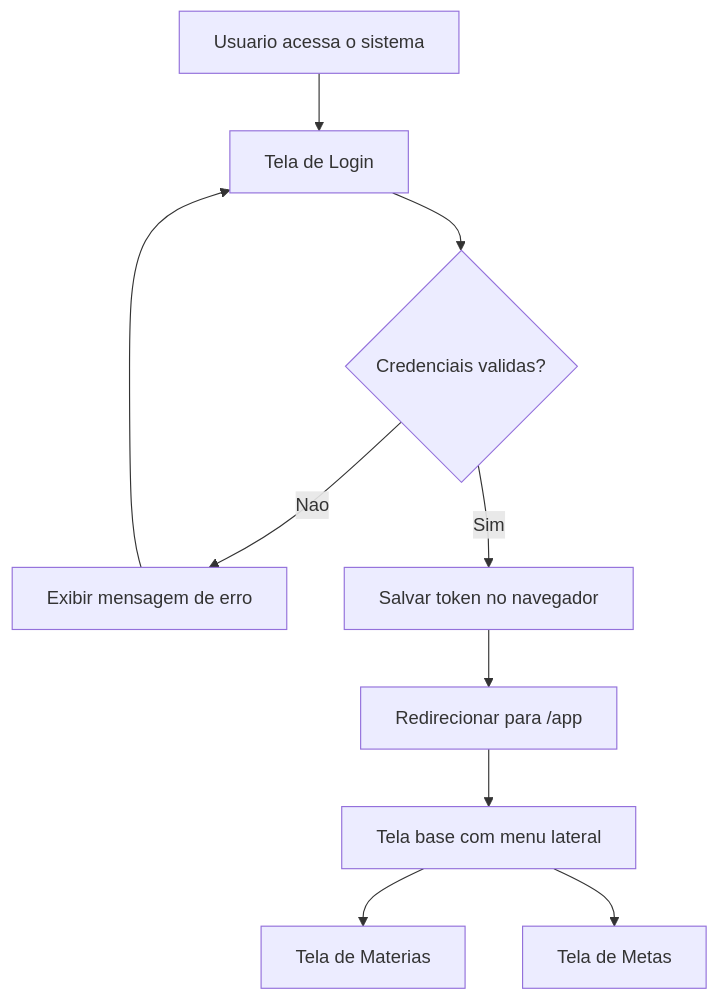
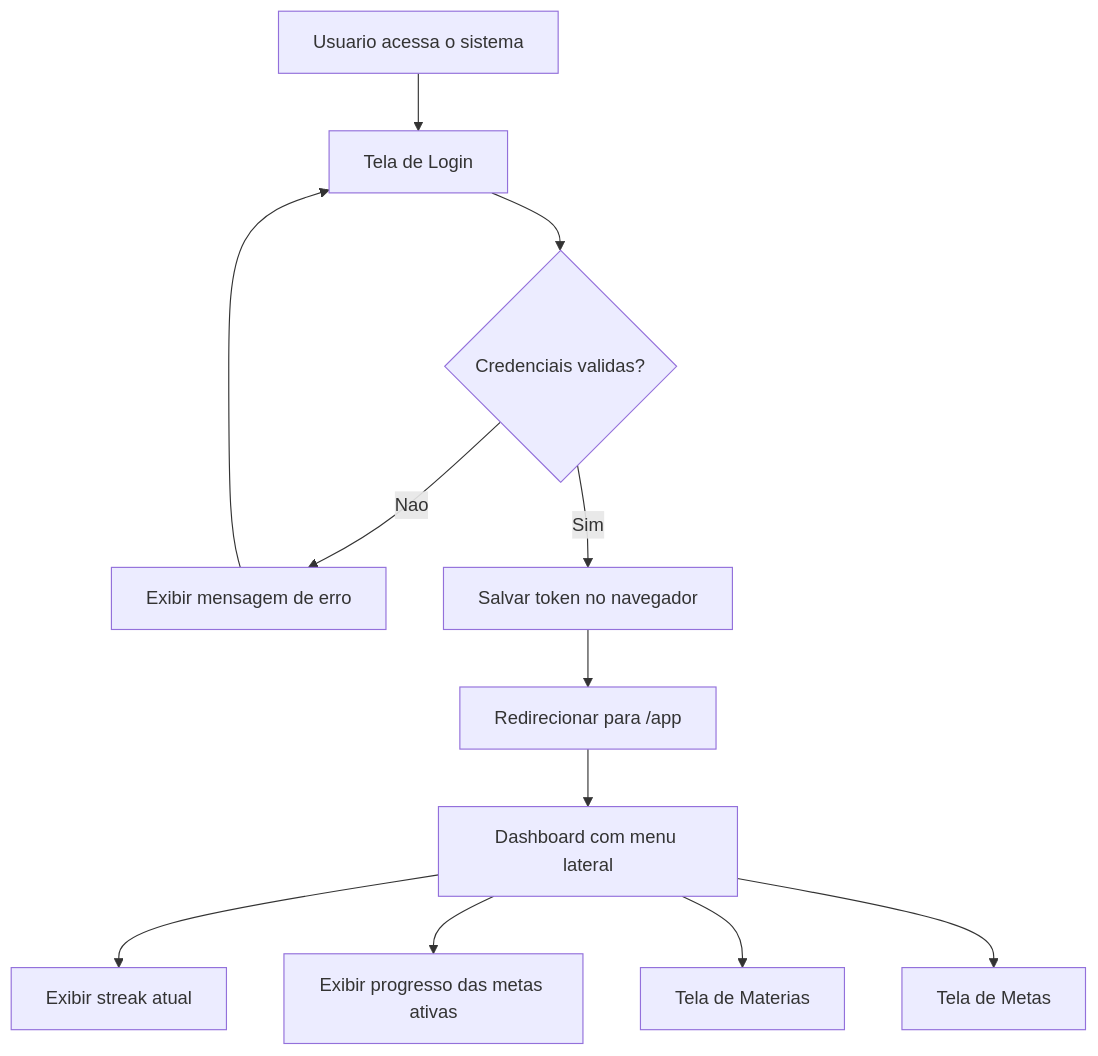
Before and after one commit to art4raujo0/xp-diario: the first of 6 diagrams in docs/DIAGRAMAS_TELAS_USUARIO_FINAL.md, drawn with Mermaid. The commit also changed other lines of this file and 12 other files, not shown here.

````diff
--- a/docs/DIAGRAMAS_TELAS_USUARIO_FINAL.md
+++ b/docs/DIAGRAMAS_TELAS_USUARIO_FINAL.md
@@ -5,12 +5,14 @@
 ```mermaid
 flowchart TD
     A[Usuario acessa o sistema] --> B[Tela de Login]
     B --> C{Credenciais validas?}
     C -- Nao --> D[Exibir mensagem de erro]
     D --> B
     C -- Sim --> E[Salvar token no navegador]
     E --> F[Redirecionar para /app]
-    F --> G[Tela base com menu lateral]
-    G --> H[Tela de Materias]
-    G --> I[Tela de Metas]
+    F --> G[Dashboard com menu lateral]
+    G --> H[Exibir streak atual]
+    G --> I[Exibir progresso das metas ativas]
+    G --> J[Tela de Materias]
+    G --> K[Tela de Metas]
 ```
````
